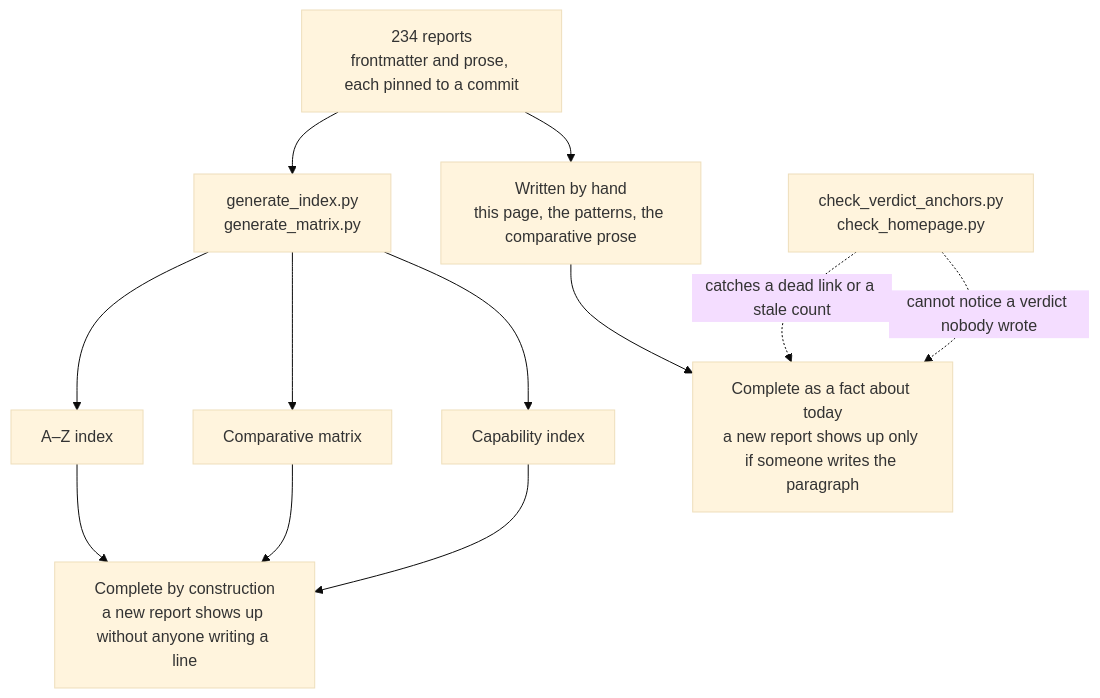
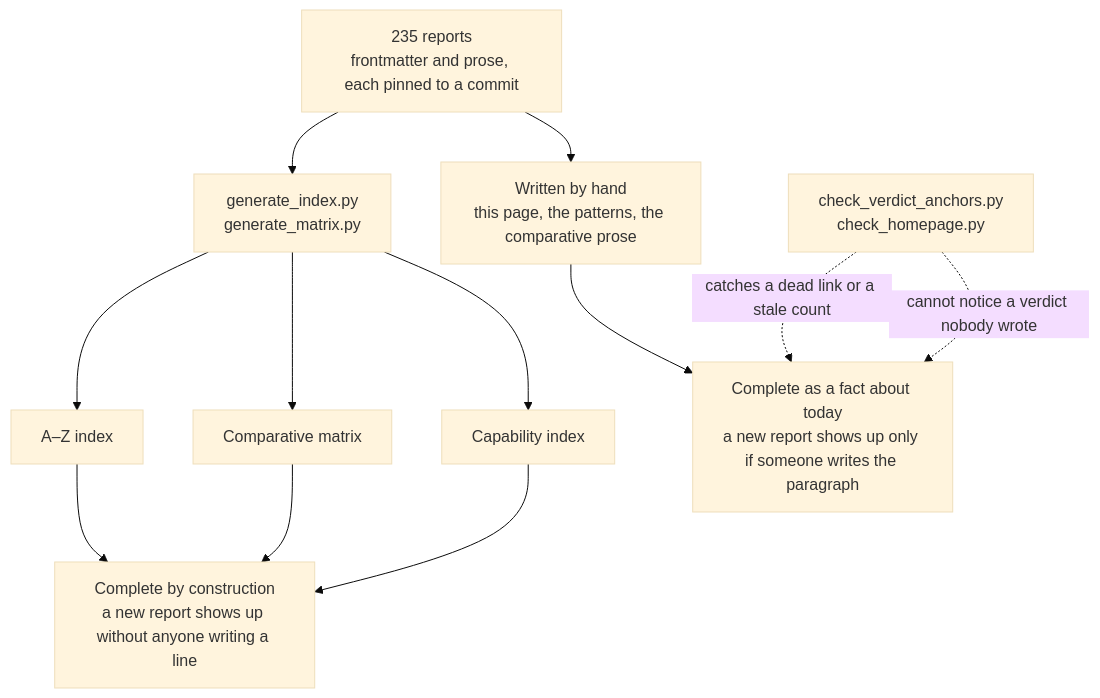
Before and after one commit to neoneye/agent-memory-atlas: the diagram in content/verdicts.md, drawn with Mermaid (base theme). The commit also changed other lines of this file and 19 other files, not shown here.

````diff
--- a/content/verdicts.md
+++ b/content/verdicts.md
@@ -40,15 +40,15 @@
 ```mermaid
 flowchart TD
-    R["234 reports<br/>frontmatter and prose, each pinned to a commit"]
+    R["235 reports<br/>frontmatter and prose, each pinned to a commit"]
     R --> GEN["generate_index.py<br/>generate_matrix.py"]
     R --> HAND["Written by hand<br/>this page, the patterns, the comparative prose"]
     GEN --> AZ["A–Z index"]
     GEN --> MX["Comparative matrix"]
     GEN --> CI["Capability index"]
     AZ --> CONST["Complete by construction<br/>a new report shows up without anyone writing a line"]
     MX --> CONST
     CI --> CONST
     HAND --> TODAY["Complete as a fact about today<br/>a new report shows up only if someone writes the paragraph"]
     CHK["check_verdict_anchors.py<br/>check_homepage.py"] -.->|"catches a dead link or a stale count"| TODAY
     CHK -.->|"cannot notice a verdict nobody wrote"| TODAY
 ```
````
